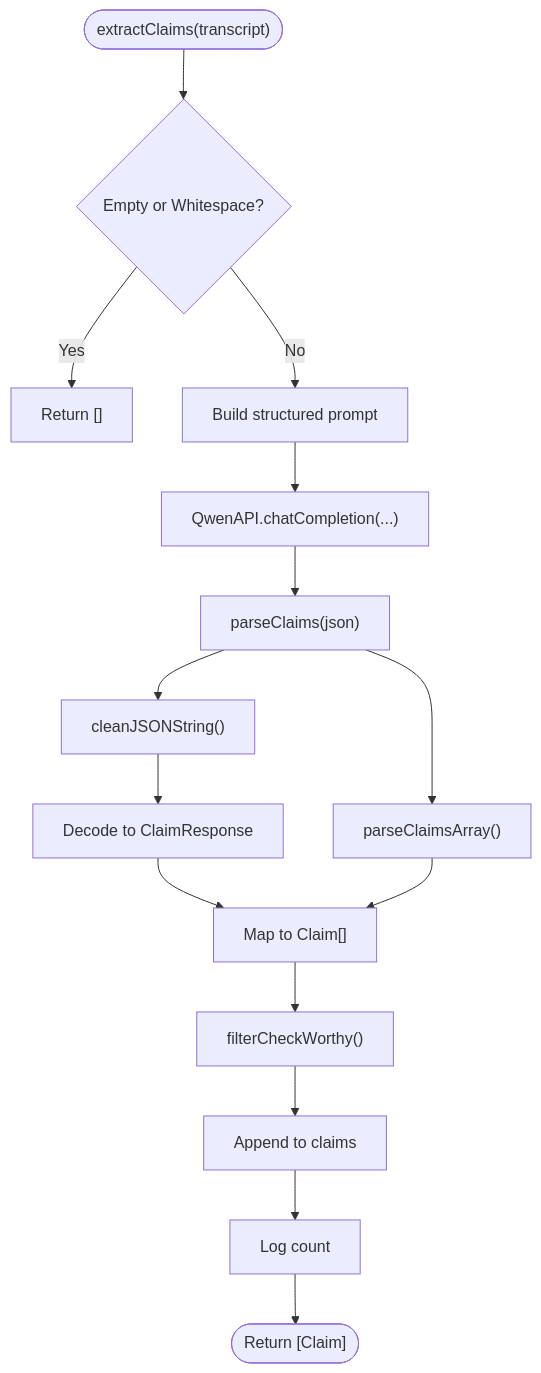
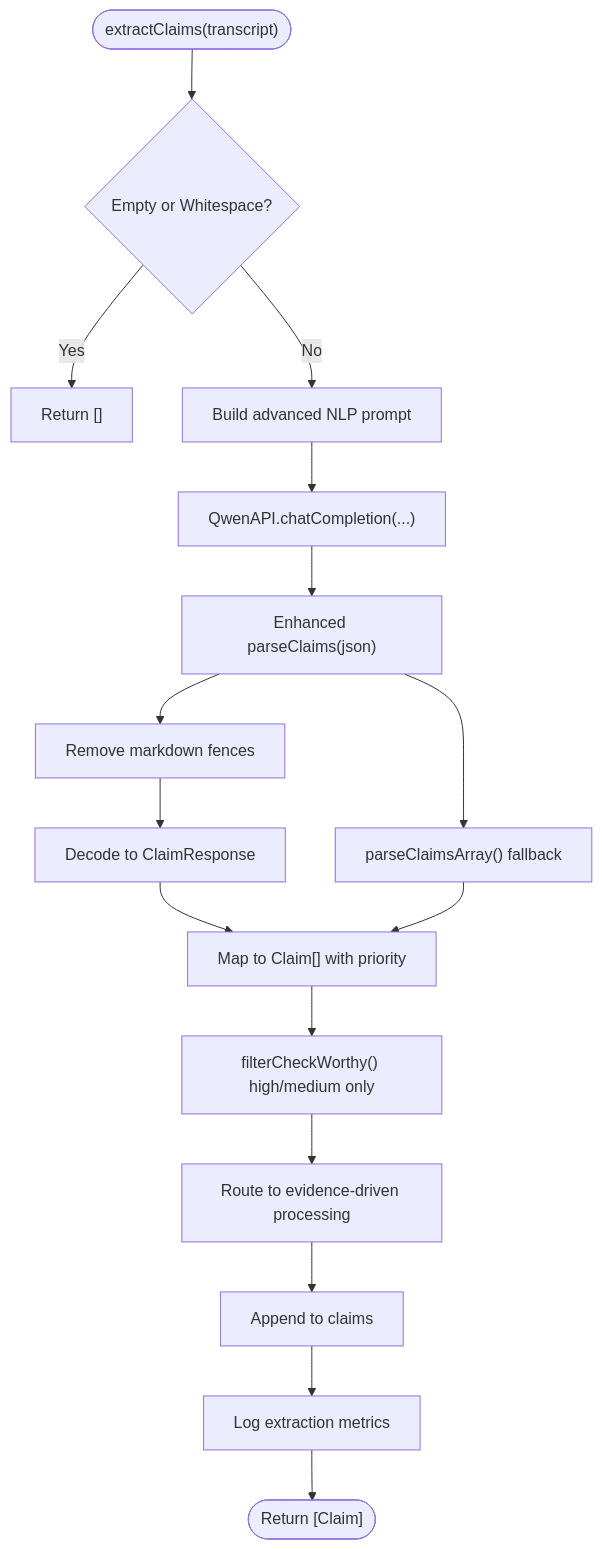
Before and after one commit to alexandreybasta-cyber/factshield-ios: the third of 12 diagrams in .qoder/repowiki/en/content/Core Services/Claim Extraction.md, drawn with Mermaid. The commit also changed other lines of this file and 97 other files, not shown here.

````diff
--- a/.qoder/repowiki/en/content/Core Services/Claim Extraction.md
+++ b/.qoder/repowiki/en/content/Core Services/Claim Extraction.md
@@ -144,17 +163,18 @@
 ```mermaid
 flowchart TD
 Start(["extractClaims(transcript)"]) --> Empty{"Empty or Whitespace?"}
 Empty --> |Yes| ReturnEmpty["Return []"]
-Empty --> |No| BuildPrompt["Build structured prompt"]
+Empty --> |No| BuildPrompt["Build advanced NLP prompt"]
 BuildPrompt --> CallAPI["QwenAPI.chatCompletion(...)"]
-CallAPI --> Parse["parseClaims(json)"]
-Parse --> Clean["cleanJSONString()"]
+CallAPI --> Parse["Enhanced parseClaims(json)"]
+Parse --> Clean["Remove markdown fences"]
 Clean --> Decode["Decode to ClaimResponse"]
-Decode --> MapClaims["Map to Claim[]"]
-Parse --> Fallback["parseClaimsArray()"]
+Decode --> MapClaims["Map to Claim[] with priority"]
+Parse --> Fallback["parseClaimsArray() fallback"]
 Fallback --> MapClaims
-MapClaims --> Filter["filterCheckWorthy()"]
-Filter --> Append["Append to claims"]
-Append --> Log["Log count"]
+MapClaims --> Filter["filterCheckWorthy() high/medium only"]
+Filter --> Route["Route to evidence-driven processing"]
+Route --> Append["Append to claims"]
+Append --> Log["Log extraction metrics"]
 Log --> Done(["Return [Claim]"])
 ```
````
